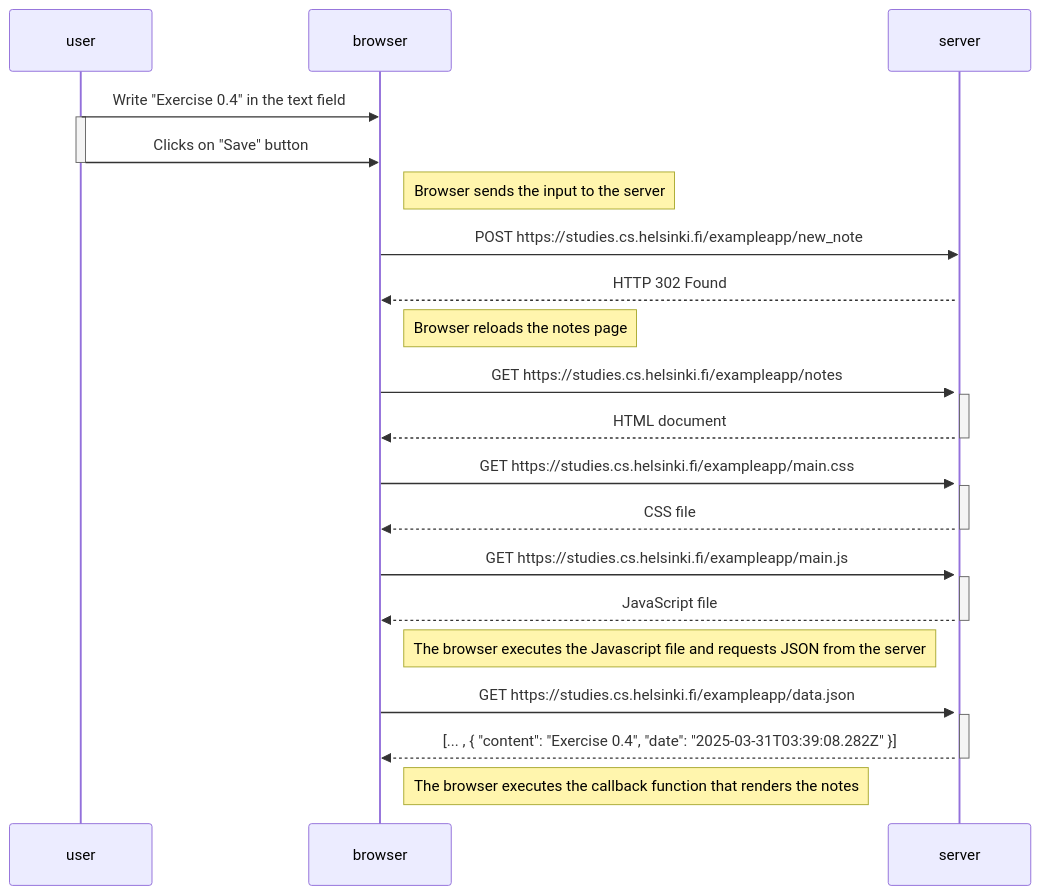
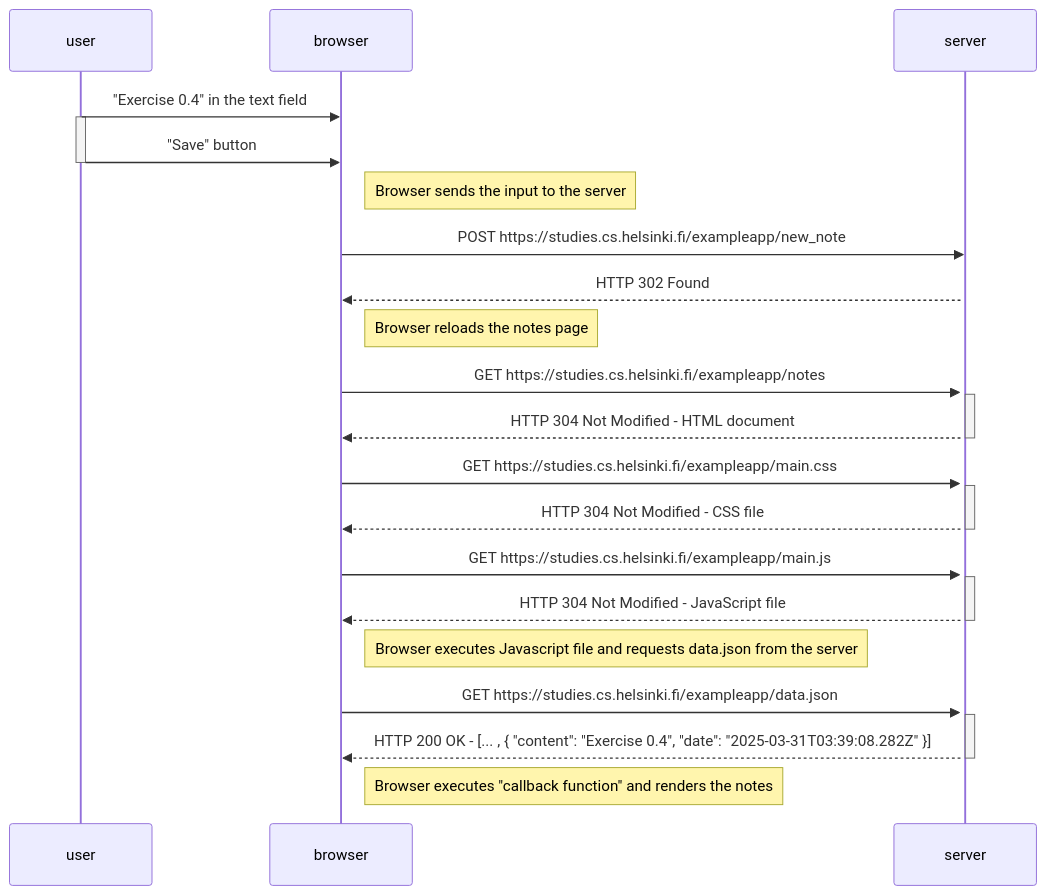
The diagram in part0/0.4.md (hpord/fullstackopen), drawn with Mermaid before and after one commit.

````diff
--- a/part0/0.4.md
+++ b/part0/0.4.md
@@ -1,42 +1,42 @@
 ```mermaid
 sequenceDiagram
     participant user
     participant browser
     participant server
 
-    user->>browser: Write "Exercise 0.4"  in the text field
+    user->>browser: "Exercise 0.4"  in the text field
     activate user
-    user->>browser: Clicks on "Save" button
+    user->>browser: "Save" button
     deactivate user
     Note right of browser: Browser sends the input to the server
 
     browser->>server: POST https://studies.cs.helsinki.fi/exampleapp/new_note 
     activate server
     server-->>browser: HTTP 302 Found
 
     Note right of browser: Browser reloads the notes page
 
     browser->>server: GET https://studies.cs.helsinki.fi/exampleapp/notes
     activate server
-    server-->>browser: HTML document
+    server-->>browser: HTTP 304 Not Modified - HTML document
     deactivate server
 
     browser->>server: GET https://studies.cs.helsinki.fi/exampleapp/main.css
     activate server
-    server-->>browser: CSS file
+    server-->>browser: HTTP 304 Not Modified - CSS file
     deactivate server
 
     browser->>server: GET https://studies.cs.helsinki.fi/exampleapp/main.js
     activate server
-    server-->>browser: JavaScript file
+    server-->>browser: HTTP 304 Not Modified - JavaScript file
     deactivate server
 
-    Note right of browser: The browser executes the Javascript file and requests JSON from the server
+    Note right of browser: Browser executes Javascript file and requests data.json from the server
 
     browser->>server: GET https://studies.cs.helsinki.fi/exampleapp/data.json
     activate server
-    server-->>browser: [... , { "content": "Exercise 0.4", "date": "2025-03-31T03:39:08.282Z" }]
+    server-->>browser: HTTP 200 OK - [... , { "content": "Exercise 0.4", "date": "2025-03-31T03:39:08.282Z" }]
     deactivate server
 
-    Note right of browser: The browser executes the callback function that renders the notes
+    Note right of browser: Browser executes "callback function" and renders the notes
 ```
````
